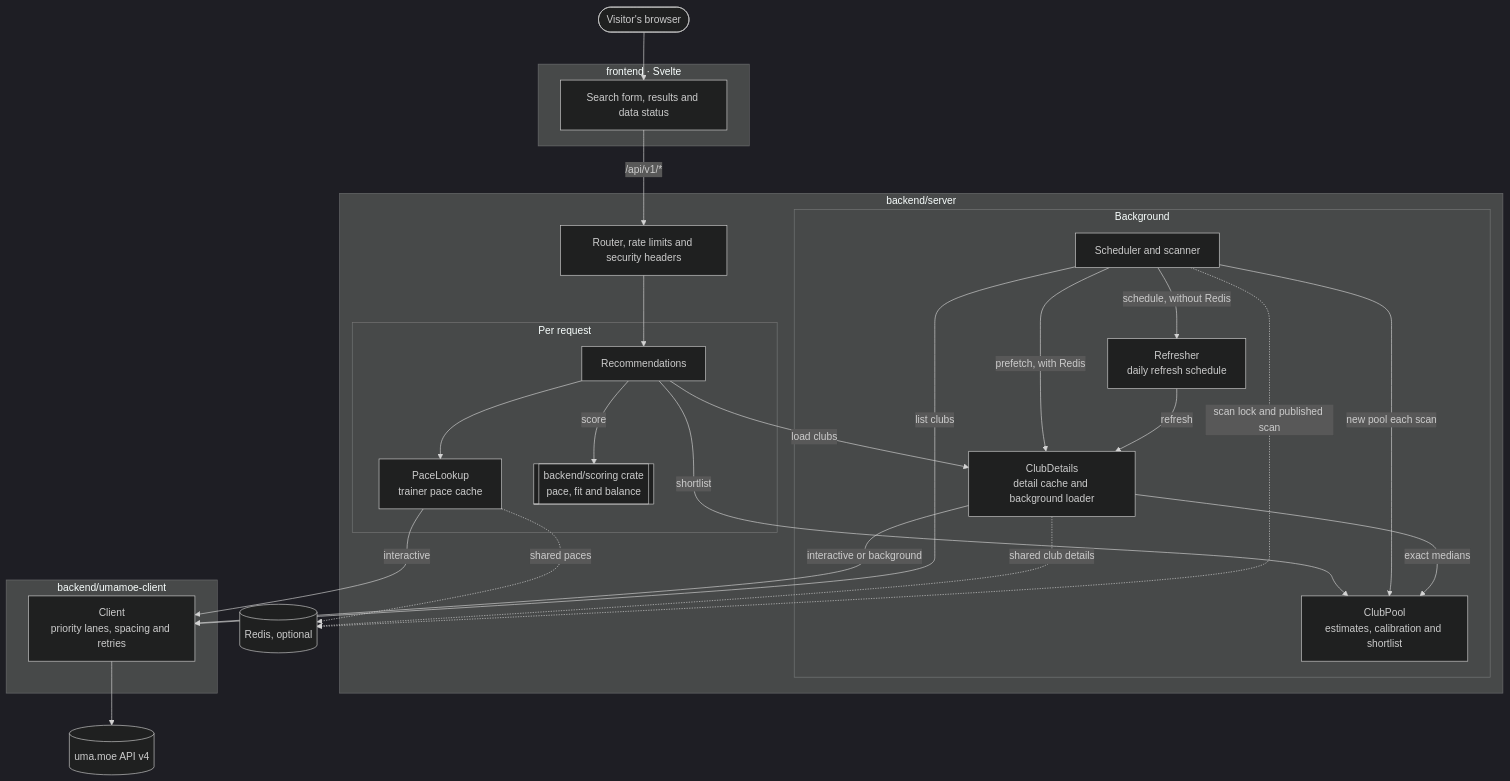
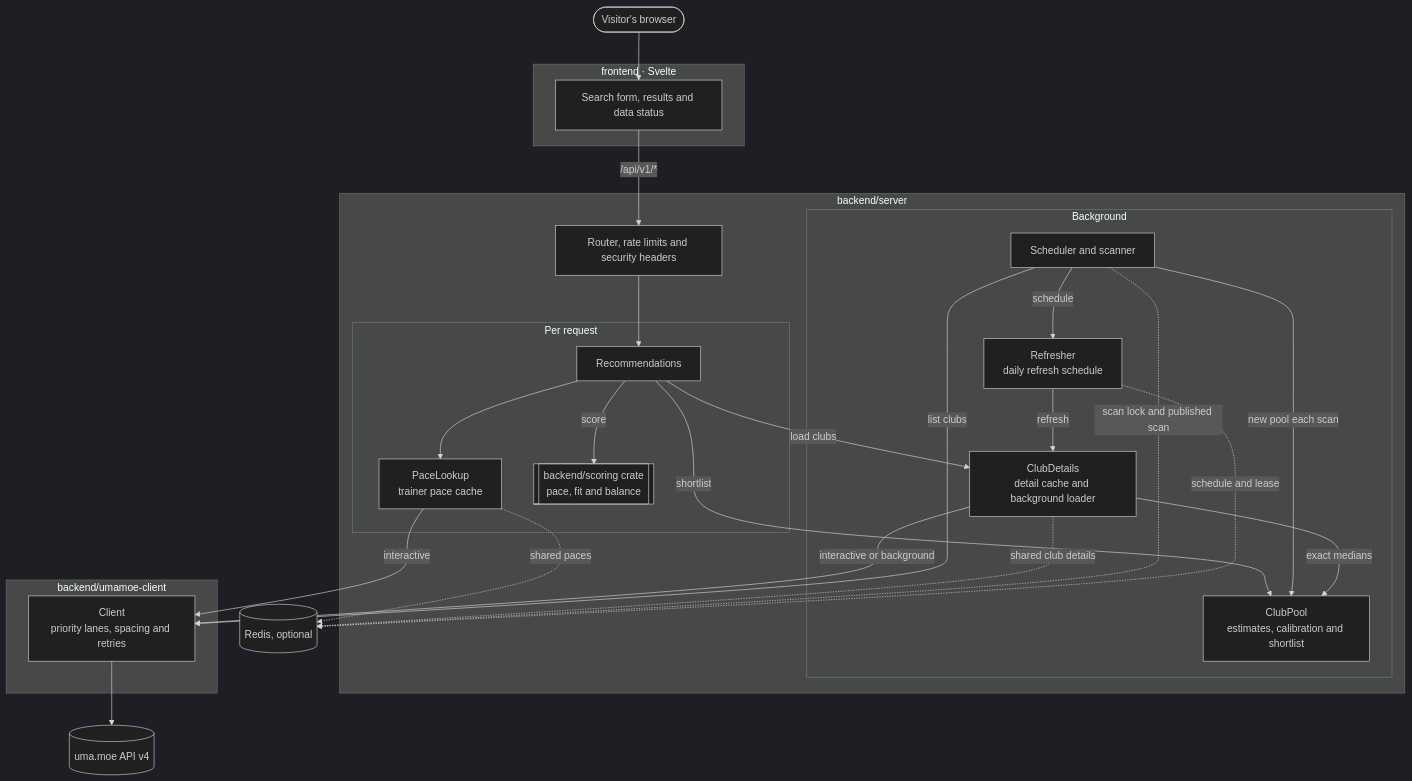
The diagram in ARCHITECTURE.md (AbnormallyGrim/uma-stable-match), drawn with Mermaid (dark theme) before and after one commit. The commit also changed other lines of this file and 13 other files, not shown here.

First line of the commit message:
feat: share the refresh schedule through Redis (#121) (#128)

````diff
--- a/ARCHITECTURE.md
+++ b/ARCHITECTURE.md
@@ -5,50 +5,50 @@
 ```mermaid
 flowchart TB
     visitor([Visitor's browser])
 
     subgraph frontend [frontend · Svelte]
         ui[Search form, results and data status]
     end
 
     subgraph server [backend/server]
         router[Router, rate limits and security headers]
         subgraph requests [Per request]
             recs[Recommendations]
             paces[PaceLookup<br/>trainer pace cache]
             scoring[[backend/scoring crate<br/>pace, fit and balance]]
         end
         subgraph shared [Background]
             scanner[Scheduler and scanner]
             pool[ClubPool<br/>estimates, calibration and shortlist]
             details[ClubDetails<br/>detail cache and background loader]
             refresher[Refresher<br/>daily refresh schedule]
         end
     end
 
     subgraph client [backend/umamoe-client]
         api[Client<br/>priority lanes, spacing and retries]
     end
 
     umamoe[(uma.moe API v4)]
     redis[(Redis, optional)]
 
     visitor --> ui
     ui -- "/api/v1/*" --> router
     router --> recs
     recs --> paces
     recs -- "shortlist" --> pool
     recs -- "load clubs" --> details
     recs -- "score" --> scoring
     scanner -- "new pool each scan" --> pool
-    scanner -- "prefetch, with Redis" --> details
-    scanner -- "schedule, without Redis" --> refresher
+    scanner -- "schedule" --> refresher
     refresher -- "refresh" --> details
     details -- "exact medians" --> pool
     paces -- "interactive" --> api
     details -- "interactive or background" --> api
     scanner -- "list clubs" --> api
     api --> umamoe
     paces -. "shared paces" .-> redis
     details -. "shared club details" .-> redis
     scanner -. "scan lock and published scan" .-> redis
+    refresher -. "schedule and lease" .-> redis
 ```
````
